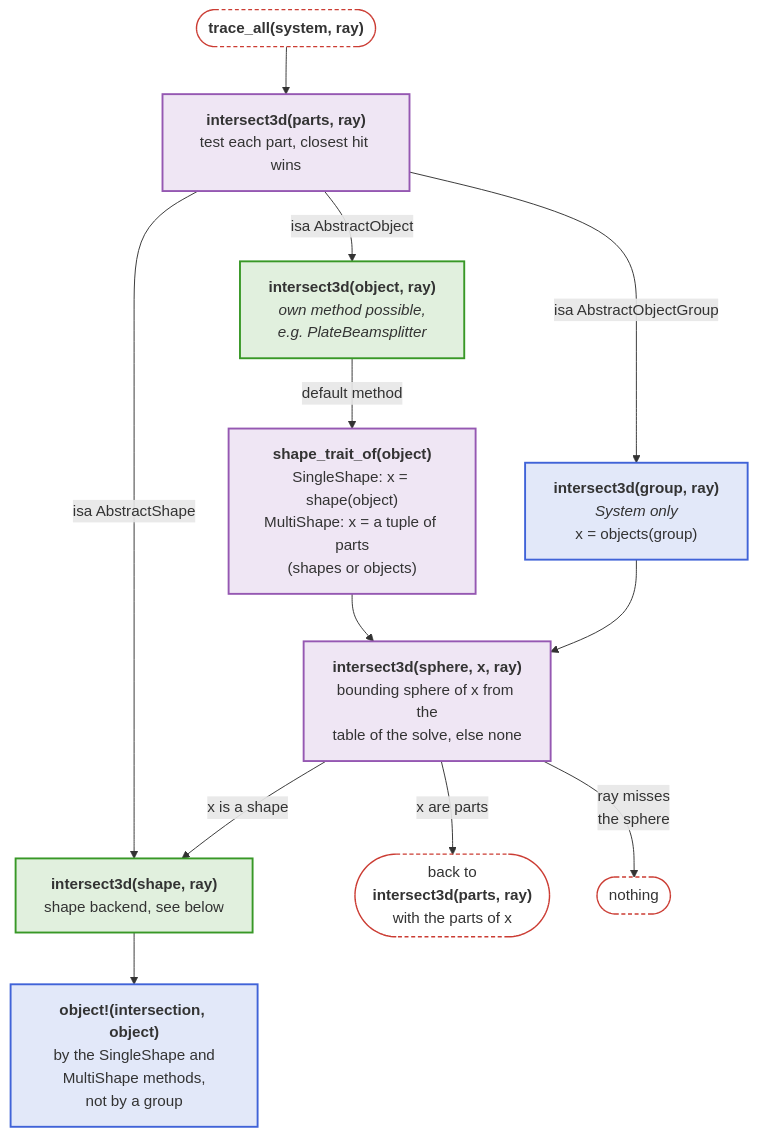
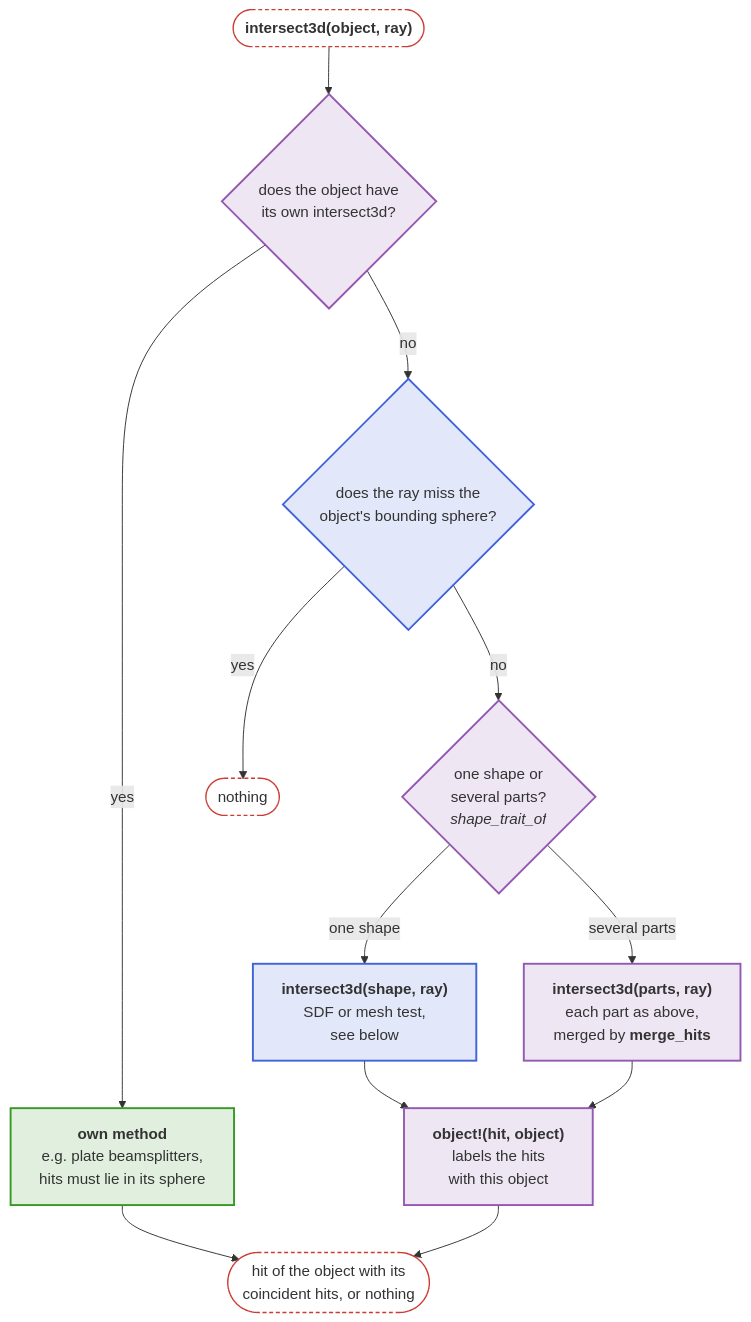
One commit to JuliaPhysics/BeamletOptics.jl changed the third of 7 diagrams in docs/src/api/core.md. Above: the diagram before and after it, drawn with Mermaid. The commit also changed other lines of this file and 17 other files, not shown here.

First line of the commit message:
Feature: coincident hits of touching surfaces (#177)

````diff
--- a/docs/src/api/core.md
+++ b/docs/src/api/core.md
@@ -63,34 +121,31 @@
 ```mermaid
 flowchart TB
-    TA(["<b>trace_all(system, ray)</b>"])
-    P["<b>intersect3d(parts, ray)</b><br/>test each part, closest hit wins"]
-    G["<b>intersect3d(group, ray)</b><br/><i>System only</i><br/>x = objects(group)"]
-    OJ["<b>intersect3d(object, ray)</b><br/><i>own method possible,<br/>e.g. PlateBeamsplitter</i>"]
-    T["<b>shape_trait_of(object)</b><br/>SingleShape: x = shape(object)<br/>MultiShape: x = a tuple of parts<br/>(shapes or objects)"]
-    PT["<b>intersect3d(sphere, x, ray)</b><br/>bounding sphere of x from the<br/>table of the solve, else none"]
-    SH["<b>intersect3d(shape, ray)</b><br/>shape backend, see below"]
-    OBJ["<b>object!(intersection, object)</b><br/>by the SingleShape and<br/>MultiShape methods,<br/>not by a group"]
-    AGAIN(["back to<br/><b>intersect3d(parts, ray)</b><br/>with the parts of x"])
-    MISS(["nothing"])
+    IO(["<b>intersect3d(object, ray)</b>"])
+    D{"does the object have<br/>its own intersect3d?"}
+    OWN["<b>own method</b><br/>e.g. plate beamsplitters,<br/>hits must lie in its sphere"]
+    SPH{"does the ray miss the<br/>object's bounding sphere?"}
+    T{"one shape or<br/>several parts?<br/><i>shape_trait_of</i>"}
+    SH["<b>intersect3d(shape, ray)</b><br/>SDF or mesh test,<br/>see below"]
+    P["<b>intersect3d(parts, ray)</b><br/>each part as above,<br/>merged by <b>merge_hits</b>"]
+    OBJ["<b>object!(hit, object)</b><br/>labels the hits<br/>with this object"]
+    NO(["nothing"])
+    HIT(["hit of the object with its<br/>coincident hits, or nothing"])
 
-    TA --> P
-    P -- "isa AbstractObject" --> OJ
-    P -- "isa AbstractObjectGroup" --> G
-    P -- "isa AbstractShape" --> SH
-    OJ -- "default method" --> T
-    T --> PT
-    G --> PT
-    PT -- "x is a shape" --> SH
-    PT -- "x are parts" --> AGAIN
-    PT -- "ray misses<br/>the sphere" --> MISS
-    SH --> OBJ
+    IO --> D
+    D -- yes --> OWN --> HIT
+    D -- no --> SPH
+    SPH -- yes --> NO
+    SPH -- no --> T
+    T -- "one shape" --> SH --> OBJ
+    T -- "several parts" --> P --> OBJ
+    OBJ --> HIT
 
     classDef blue fill:#4063D826,stroke:#4063D8,stroke-width:2px
     classDef green fill:#38982626,stroke:#389826,stroke-width:2px
     classDef purple fill:#9558B226,stroke:#9558B2,stroke-width:2px
     classDef terminal fill:transparent,stroke:#CB3C33,stroke-width:1.5px,stroke-dasharray:4 3
-    class G,OBJ blue
-    class OJ,SH green
-    class P,T,PT purple
-    class TA,AGAIN,MISS terminal
+    class D,T,P,OBJ purple
+    class SPH,SH blue
+    class OWN green
+    class IO,NO,HIT terminal
 ```
````
